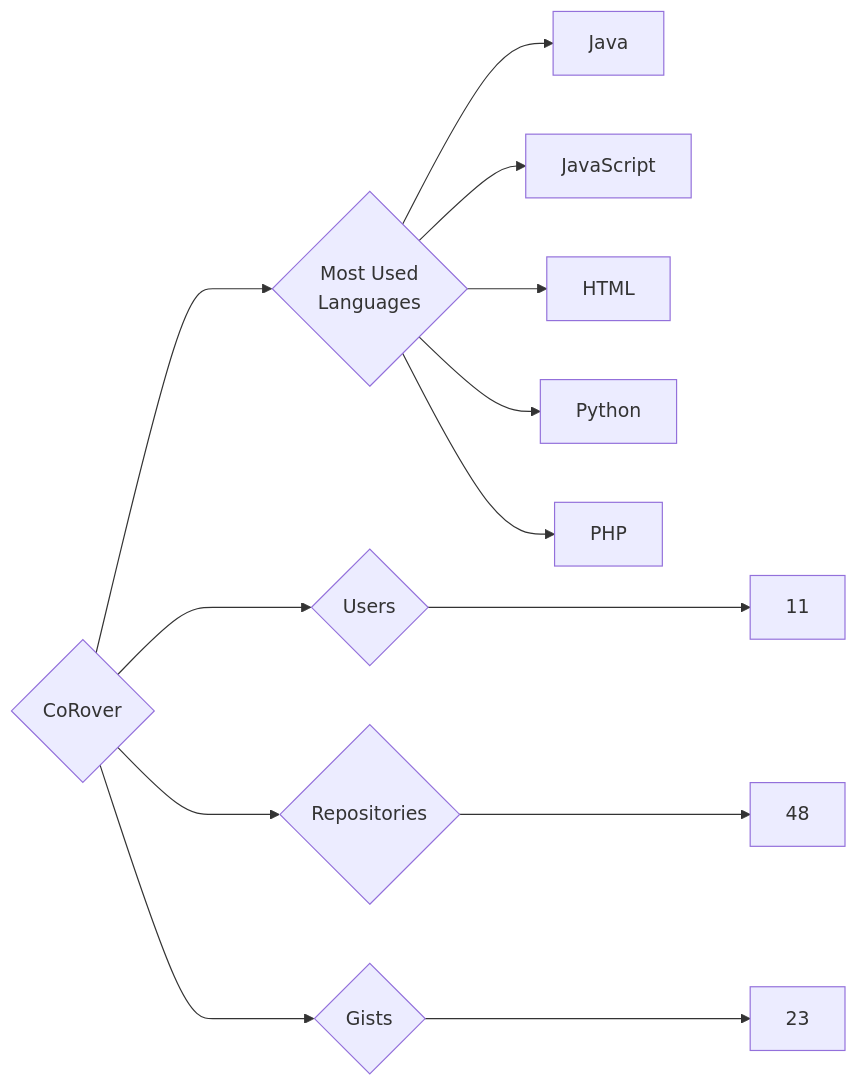
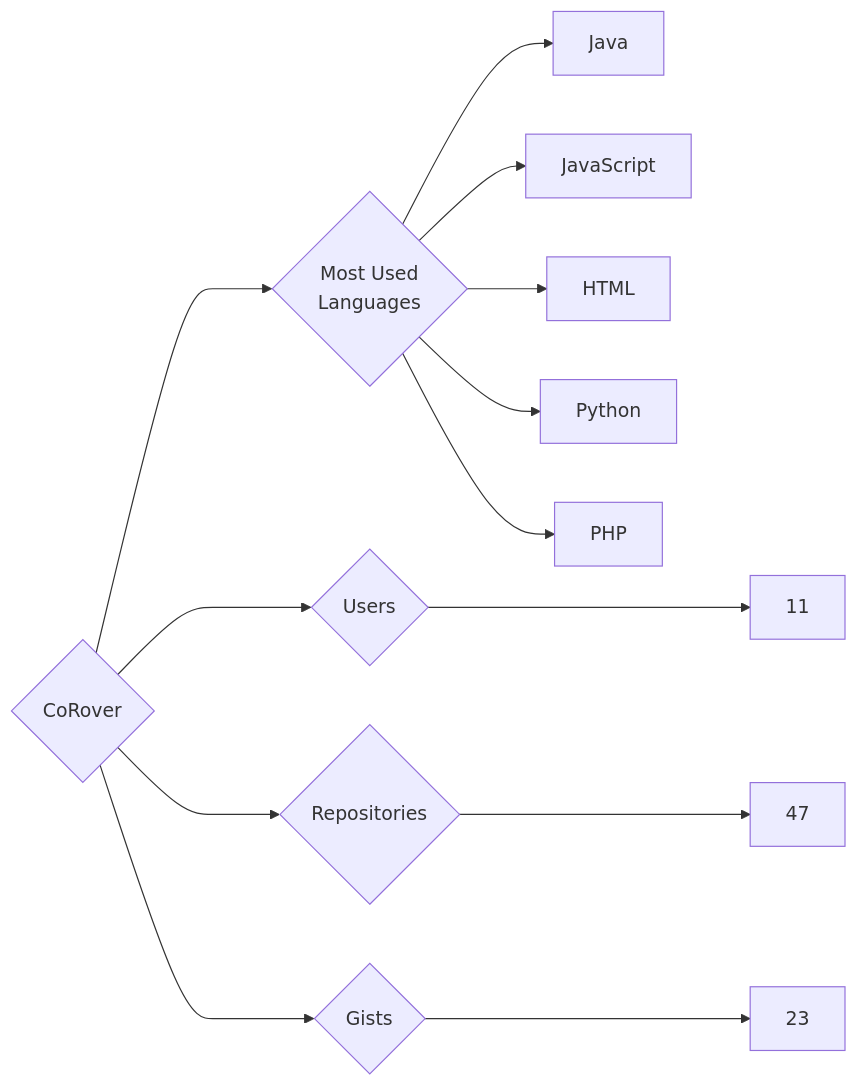
Before and after one commit to trickest/insiders: the diagram in targets/CoRover/README.md, drawn with Mermaid. The commit also changed 783 other files, not shown here.

````diff
--- a/targets/CoRover/README.md
+++ b/targets/CoRover/README.md
@@ -3,13 +3,13 @@
 ```mermaid
 graph LR
 COMPANY_NAME{CoRover}
 COMPANY_NAME ---> U{Users} ---> UN[11]
-COMPANY_NAME ---> R{Repositories} ---> RN[48]
+COMPANY_NAME ---> R{Repositories} ---> RN[47]
 COMPANY_NAME ---> G{Gists} ---> GN[23]
 COMPANY_NAME ---> ML{Most Used<br>Languages}
 ML --> Java[Java]
 ML --> JavaScript[JavaScript]
 ML --> HTML[HTML]
 ML --> Python[Python]
 ML --> PHP[PHP]
 ```
````
